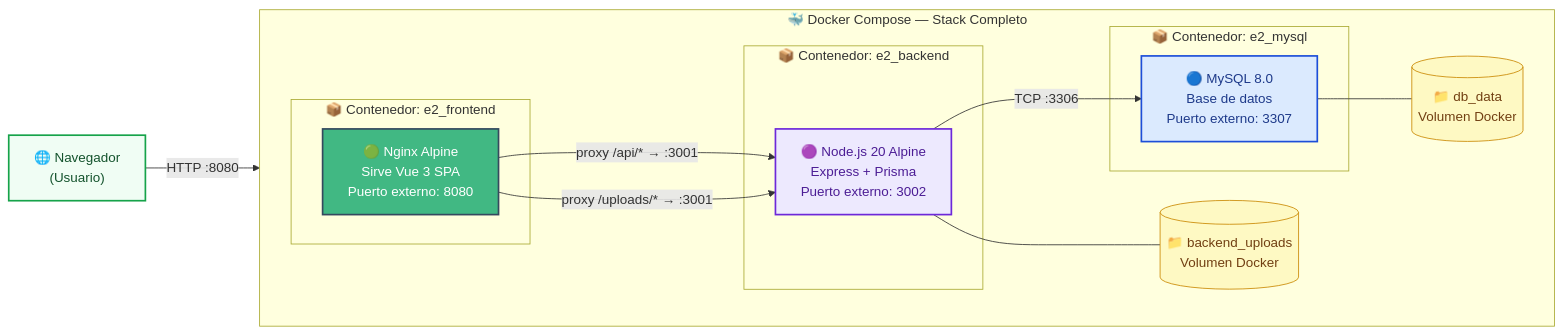
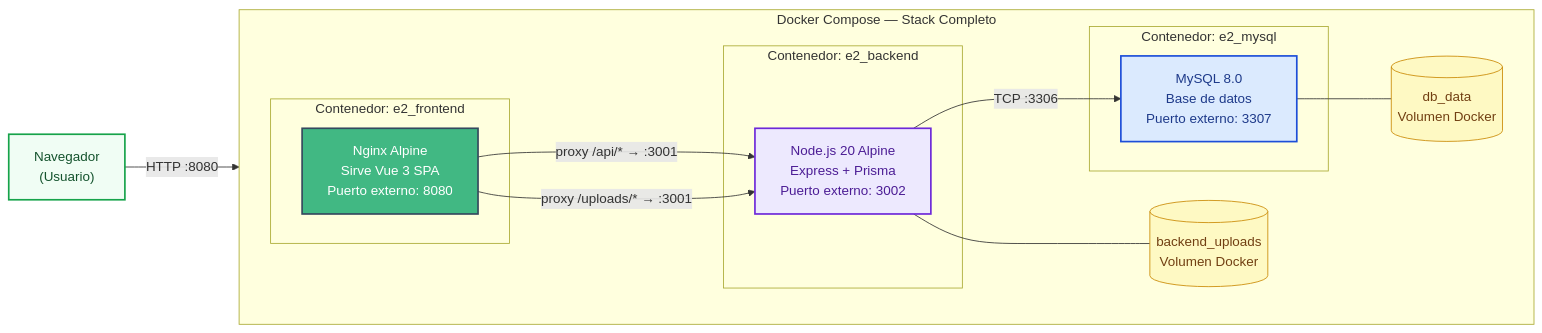
Before and after one commit to LeonardoSGP/e2_backend: the second of 3 diagrams in README.md, drawn with Mermaid. The commit also changed other lines of this file and 15 other files, not shown here.

````diff
--- a/README.md
+++ b/README.md
@@ -140,36 +140,36 @@
 ```mermaid
 flowchart LR
     classDef user     fill:#F0FDF4,stroke:#16A34A,stroke-width:2px,color:#14532D
     classDef frontend fill:#41B883,stroke:#35495E,stroke-width:2px,color:#ffffff
     classDef backend  fill:#EDE9FE,stroke:#6D28D9,stroke-width:2px,color:#4C1D95
     classDef database fill:#DBEAFE,stroke:#1D4ED8,stroke-width:2px,color:#1E3A8A
     classDef volume   fill:#FEF9C3,stroke:#CA8A04,stroke-width:1px,color:#713F12
 
-    Browser["🌐 Navegador\n(Usuario)"]:::user
+    Browser[" Navegador\n(Usuario)"]:::user
 
-    subgraph Docker ["🐳 Docker Compose — Stack Completo"]
+    subgraph Docker [" Docker Compose — Stack Completo"]
         direction LR
 
-        subgraph FE ["📦 Contenedor: e2_frontend"]
-            Nginx["🟢 Nginx Alpine\nSirve Vue 3 SPA\nPuerto externo: 8080"]:::frontend
+        subgraph FE [" Contenedor: e2_frontend"]
+            Nginx[" Nginx Alpine\nSirve Vue 3 SPA\nPuerto externo: 8080"]:::frontend
         end
 
-        subgraph BE ["📦 Contenedor: e2_backend"]
-            Node["🟣 Node.js 20 Alpine\nExpress + Prisma\nPuerto externo: 3002"]:::backend
+        subgraph BE [" Contenedor: e2_backend"]
+            Node[" Node.js 20 Alpine\nExpress + Prisma\nPuerto externo: 3002"]:::backend
         end
 
-        subgraph DB ["📦 Contenedor: e2_mysql"]
-            MySQL["🔵 MySQL 8.0\nBase de datos\nPuerto externo: 3307"]:::database
+        subgraph DB [" Contenedor: e2_mysql"]
+            MySQL[" MySQL 8.0\nBase de datos\nPuerto externo: 3307"]:::database
         end
 
-        Vol1[("📁 backend_uploads\nVolumen Docker")]:::volume
-        Vol2[("📁 db_data\nVolumen Docker")]:::volume
+        Vol1[(" backend_uploads\nVolumen Docker")]:::volume
+        Vol2[(" db_data\nVolumen Docker")]:::volume
     end
 
     Browser -- "HTTP :8080" --> Nginx
     Nginx -- "proxy /api/* → :3001" --> Node
     Nginx -- "proxy /uploads/* → :3001" --> Node
     Node -- "TCP :3306" --> MySQL
     Node --- Vol1
     MySQL --- Vol2
 ```
````
